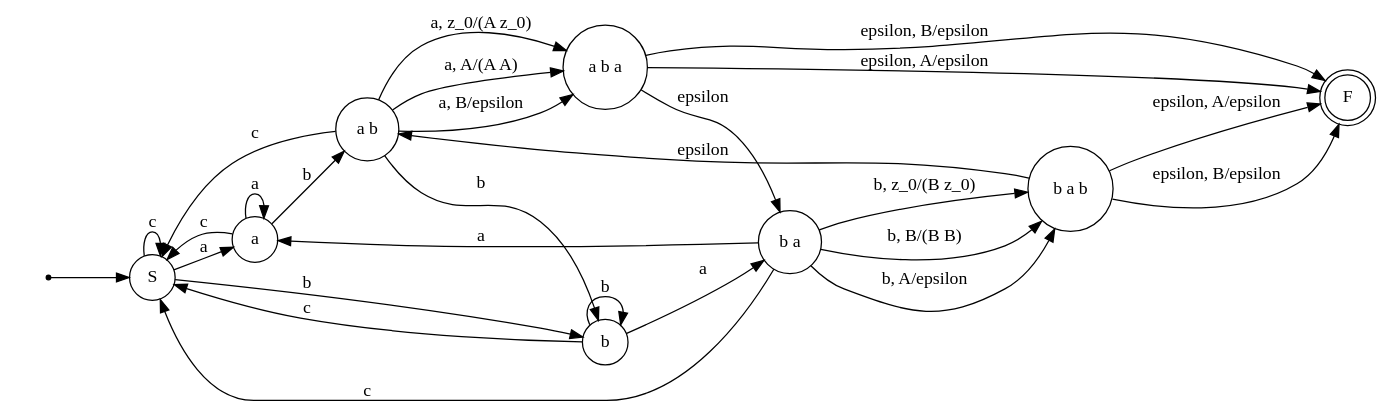
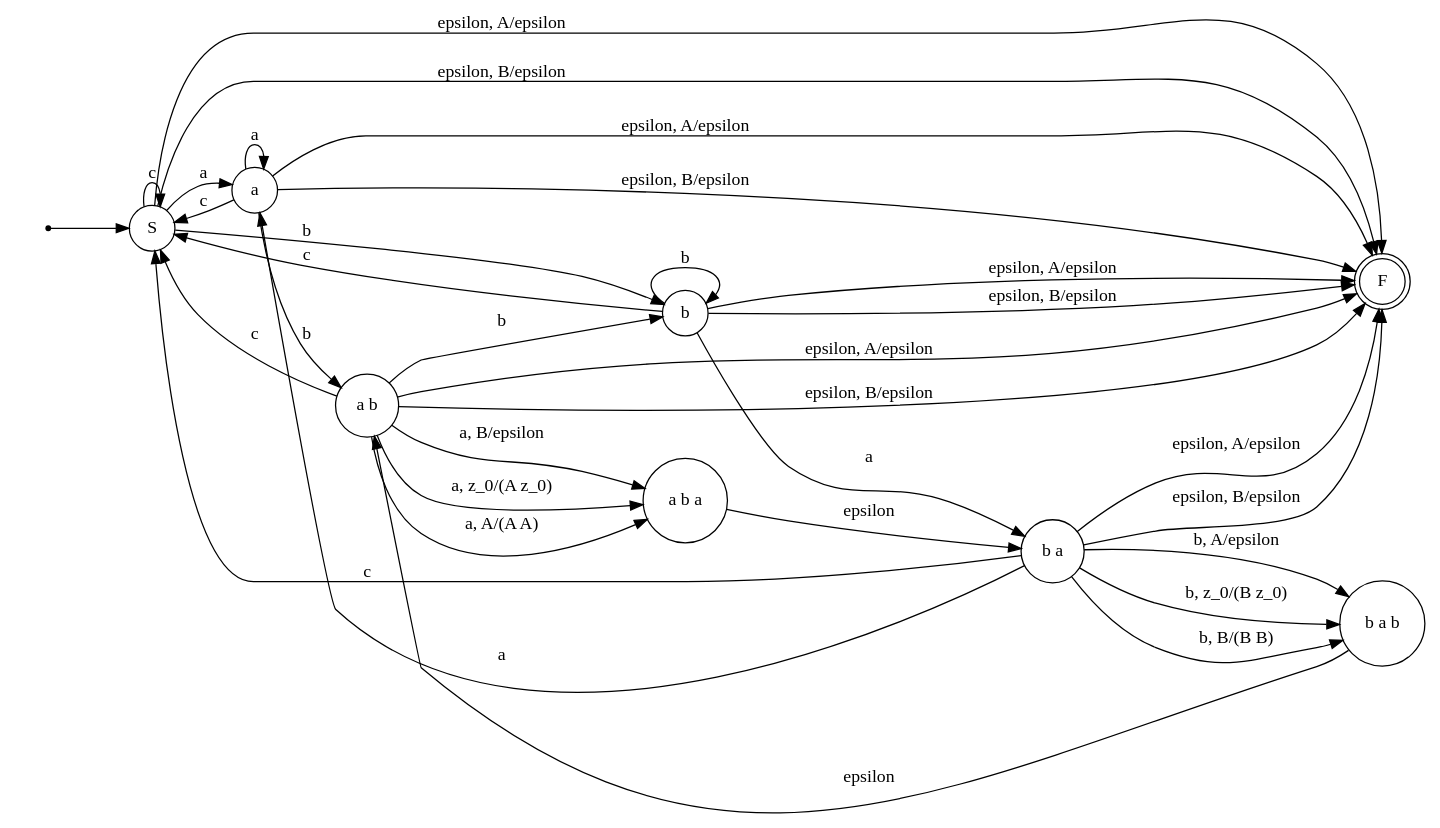
The diagram in task3.dot (Enclaze/Formal-Language-Theory-Labs), drawn with Graphviz before and after one commit.

```diff
--- a/task3.dot
+++ b/task3.dot
@@ -1,33 +1,39 @@
 digraph {
 	rankdir = LR
 	node [shape=circle]
 	dummy [label = "", shape = none]
  start [shape = point];
  start -> "S";
 	F [shape = doublecircle] 
     S -> a [label = "a"];
     S -> b [label = "b"];
     S -> S [label = "c"];
+    S -> "F" [label = "epsilon, A/epsilon"]
+    S -> "F" [label = "epsilon, B/epsilon"]
     a -> a [label = "a"]; // aa
     b -> b [label = "b"]; // bb
     a -> "a b" [label = "b"];
     a -> S [label = "c"];
+    a -> "F" [label = "epsilon, A/epsilon"]
+    a -> "F" [label = "epsilon, B/epsilon"]
     "a b" -> "a b a" [label = "a, B/epsilon"]
     "a b" -> S [label = "c"];
     "a b" -> "a b a" [label = "a, z_0/(A z_0)"]
     "a b" -> "a b a" [label = "a, A/(A A)"]
     "a b" -> "b" [label = "b"];
-    "a b a" -> "F" [label = "epsilon, A/epsilon"]
-	"a b a" -> "F" [label = "epsilon, B/epsilon"]
+    "a b" -> "F" [label = "epsilon, A/epsilon"]
+    "a b" -> "F" [label = "epsilon, B/epsilon"]
     "a b a" -> "b a" [label = "epsilon"]
     b -> "b a" [label = "a"];
     b -> S [label = "c"];
+    b -> "F" [label = "epsilon, A/epsilon"]
+    b -> "F" [label = "epsilon, B/epsilon"]
     "b a" -> "b a b" [label = "b, A/epsilon"]
     "b a" -> "b a b" [label = "b, z_0/(B z_0)"]
     "b a" -> "b a b" [label = "b, B/(B B)"]
     "b a" -> "S" [label = "c"];
     "b a" -> "a" [label = "a"];
-	"b a b" -> "F" [label = "epsilon, A/epsilon"]
-    "b a b" -> "F" [label = "epsilon, B/epsilon"]
+    "b a" -> "F" [label = "epsilon, A/epsilon"]
+    "b a" -> "F" [label = "epsilon, B/epsilon"]
     "b a b" -> "a b" [label = "epsilon"]
 }
```
